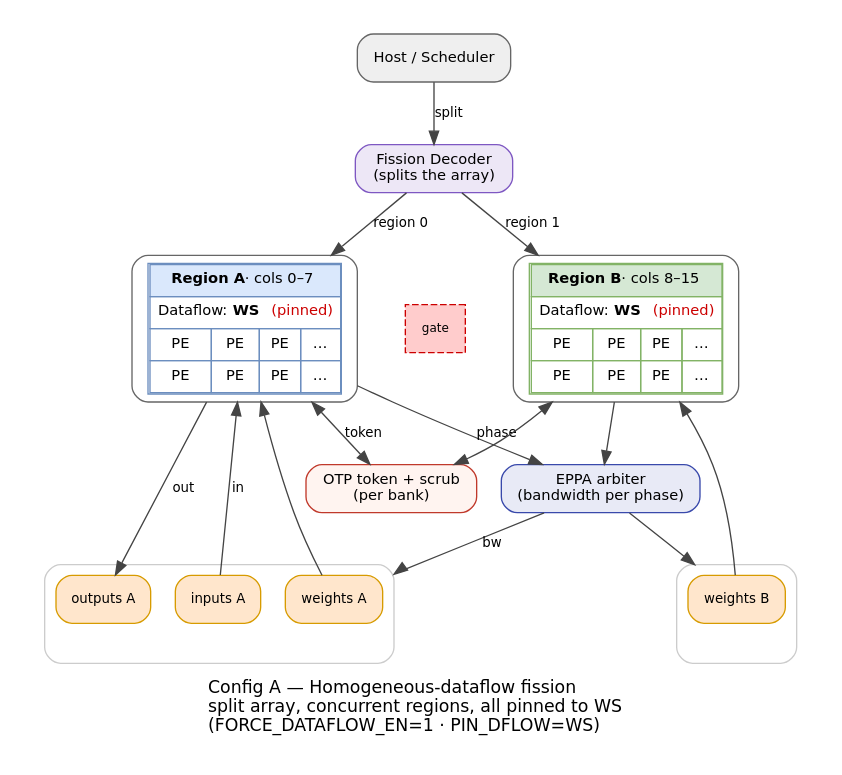
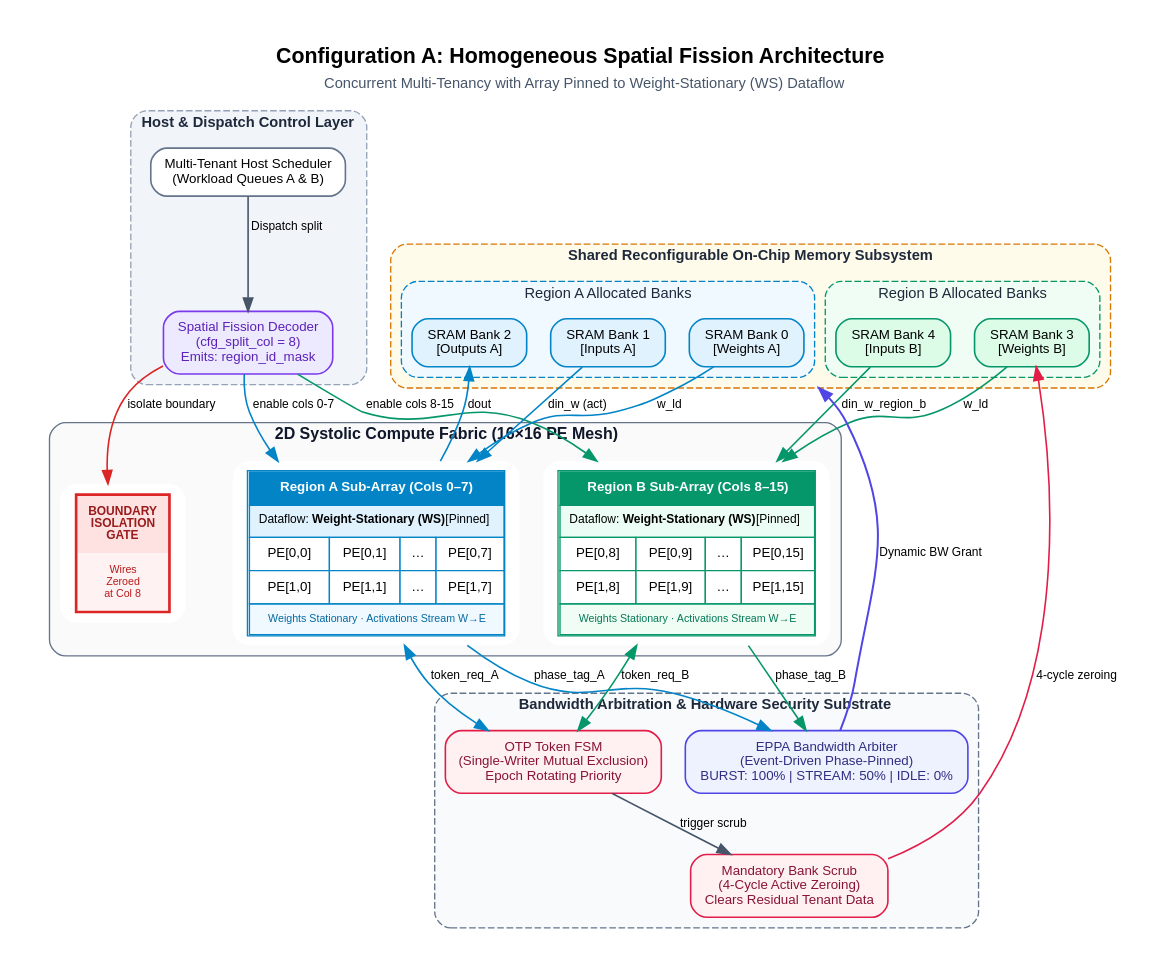
The diagram in figures/figA_homo_fission.dot (GauthamMK-0/PolyFlow-NPU), drawn with Graphviz before and after one commit. The commit also changed 11 other files, not shown here.

Commit message:
docs(figures): update architecture diagrams for PolyFlow-NPU

```diff
--- a/figures/figA_homo_fission.dot
+++ b/figures/figA_homo_fission.dot
@@ -1,70 +1,114 @@
 // figA_homo_fission.dot
-// Config A — Homogeneous-dataflow fission (baseline).
-// Render: scripts/render_figures.sh
+// Configuration A: Homogeneous-Dataflow Spatial Fission (Planaria / SARA Baseline)
+// Render: dot -Tpng -Gdpi=160 figA_homo_fission.dot -o figA_homo_fission.png
 
-digraph CFG_A {
-  graph [fontname="DejaVu Sans", rankdir=TB, compound=true,
-         label="Config A — Homogeneous-dataflow fission\lsplit array, concurrent regions, all pinned to WS\l(FORCE_DATAFLOW_EN=1 · PIN_DFLOW=WS)\l",
-         labelloc=b, fontsize=13, pad=0.25];
+digraph FIG_A {
+  graph [fontname="Helvetica,Arial,sans-serif", rankdir=TB, compound=true,
+         label=<<TABLE BORDER="0" CELLBORDER="0" CELLSPACING="0">
+                 <TR><TD><FONT POINT-SIZE="16"><B>Configuration A: Homogeneous Spatial Fission Architecture</B></FONT></TD></TR>
+                 <TR><TD><FONT POINT-SIZE="11" COLOR="#475569">Concurrent Multi-Tenancy with Array Pinned to Weight-Stationary (WS) Dataflow</FONT></TD></TR>
+               </TABLE>>,
+         labelloc=t, fontsize=14, pad=0.3, bgcolor="#FFFFFF"];
 
-  node  [shape=box, style="rounded,filled", fontname="DejaVu Sans", fontsize=11,
-         fillcolor="#F5F5F5", color="#666666", margin="0.16,0.09"];
-  edge  [fontname="DejaVu Sans", fontsize=10, color="#444444"];
+  node  [shape=box, style="rounded,filled", fontname="Helvetica,Arial,sans-serif", fontsize=10,
+         fillcolor="#F8FAFC", color="#94A3B8", penwidth=1.2, margin="0.15,0.1"];
+  edge  [fontname="Helvetica,Arial,sans-serif", fontsize=9, color="#475569", penwidth=1.2];
 
-  host [label="Host / Scheduler", fillcolor="#EFEFEF"];
+  // ==================== DISPATCH / CONTROLLER LAYER ====================
+  subgraph cluster_dispatch {
+    label=<<B>Host &amp; Dispatch Control Layer</B>>;
+    fontsize=11; fontcolor="#1E293B";
+    style="rounded,dashed"; color="#94A3B8"; bgcolor="#F1F5F9";
 
-  dec [label="Fission Decoder\n(splits the array)", fillcolor="#EDE7F6", color="#7E57C2"];
-  host -> dec [label="split"];
+    host_ctrl   [label="Multi-Tenant Host Scheduler\n(Workload Queues A & B)", fillcolor="#FFFFFF", color="#64748B"];
+    fiss_dec    [label="Spatial Fission Decoder\n(cfg_split_col = 8)\nEmits: region_id_mask", fillcolor="#EDE9FE", color="#7C3AED", fontcolor="#5B21B6"];
 
-  regA [label=<
-    <TABLE BORDER="1" CELLBORDER="1" CELLSPACING="0" CELLPADDING="5" COLOR="#6C8EBF">
-      <TR><TD COLSPAN="4" BGCOLOR="#DAE8FC"><B>Region A</B> · cols 0–7</TD></TR>
-      <TR><TD COLSPAN="4">Dataflow: <B>WS</B>  <FONT COLOR="#CC0000">(pinned)</FONT></TD></TR>
-      <TR><TD>PE</TD><TD>PE</TD><TD>PE</TD><TD>…</TD></TR>
-      <TR><TD>PE</TD><TD>PE</TD><TD>PE</TD><TD>…</TD></TR>
-    </TABLE>>, fillcolor="#FFFFFF"];
-
-  gate [shape=rectangle, style="filled,dashed", fillcolor="#FFCCCC", color="#CC0000",
-        label="gate", fontsize=9, width=0.30];
-
-  regB [label=<
-    <TABLE BORDER="1" CELLBORDER="1" CELLSPACING="0" CELLPADDING="5" COLOR="#82B366">
-      <TR><TD COLSPAN="4" BGCOLOR="#D5E8D4"><B>Region B</B> · cols 8–15</TD></TR>
-      <TR><TD COLSPAN="4">Dataflow: <B>WS</B>  <FONT COLOR="#CC0000">(pinned)</FONT></TD></TR>
-      <TR><TD>PE</TD><TD>PE</TD><TD>PE</TD><TD>…</TD></TR>
-      <TR><TD>PE</TD><TD>PE</TD><TD>PE</TD><TD>…</TD></TR>
-    </TABLE>>, fillcolor="#FFFFFF"];
-
-  {rank=same; regA; gate; regB;}
-  regA -> gate [style=invis];
-  gate -> regB [style=invis];
-
-  dec -> regA [label="region 0"];
-  dec -> regB [label="region 1"];
-
-  safety [label="OTP token + scrub\n(per bank)", fillcolor="#FFF4F0", color="#C0392B"];
-  regA -> safety [dir=both, label="token"];
-  regB -> safety [dir=both];
-
-  subgraph cluster_banksA {
-    label=" "; style="rounded"; color="#CCCCCC";
-    b0 [label="weights A",  fillcolor="#FFE6CC", color="#D79B00", fontsize=10];
-    b1 [label="inputs A",   fillcolor="#FFE6CC", color="#D79B00", fontsize=10];
-    b2 [label="outputs A",  fillcolor="#FFE6CC", color="#D79B00", fontsize=10];
-  }
-  subgraph cluster_banksB {
-    label=" "; style="rounded"; color="#CCCCCC";
-    b3 [label="weights B", fillcolor="#FFE6CC", color="#D79B00", fontsize=10];
+    host_ctrl -> fiss_dec [label=" Dispatch split"];
   }
 
-  regA -> b0 [dir=back, weight=2];
-  regA -> b1 [dir=back, label="in", weight=2];
-  regA -> b2 [label="out", weight=2];
-  regB -> b3 [dir=back, weight=2];
+  // ==================== COMPUTE SUBSTRATE LAYER ====================
+  subgraph cluster_array {
+    label=<<B>2D Systolic Compute Fabric (16×16 PE Mesh)</B>>;
+    fontsize=12; fontcolor="#0F172A";
+    style="rounded"; color="#64748B"; bgcolor="#FAFAFA";
 
-  eppa [label="EPPA arbiter\n(bandwidth per phase)", fillcolor="#E8EAF6", color="#3949AB"];
-  regA -> eppa [label="phase"];
-  regB -> eppa;
-  eppa -> b0 [lhead=cluster_banksA, label="bw"];
-  eppa -> b3 [lhead=cluster_banksB];
+    regA [label=<
+      <TABLE BORDER="1" CELLBORDER="1" CELLSPACING="0" CELLPADDING="6" COLOR="#0284C7">
+        <TR><TD COLSPAN="4" BGCOLOR="#0284C7"><FONT COLOR="#FFFFFF" POINT-SIZE="10"><B>Region A Sub-Array (Cols 0–7)</B></FONT></TD></TR>
+        <TR><TD COLSPAN="4" BGCOLOR="#E0F2FE"><FONT POINT-SIZE="9">Dataflow: <B>Weight-Stationary (WS)</B> [Pinned]</FONT></TD></TR>
+        <TR><TD BGCOLOR="#FFFFFF">PE[0,0]</TD><TD BGCOLOR="#FFFFFF">PE[0,1]</TD><TD BGCOLOR="#FFFFFF">…</TD><TD BGCOLOR="#FFFFFF">PE[0,7]</TD></TR>
+        <TR><TD BGCOLOR="#FFFFFF">PE[1,0]</TD><TD BGCOLOR="#FFFFFF">PE[1,1]</TD><TD BGCOLOR="#FFFFFF">…</TD><TD BGCOLOR="#FFFFFF">PE[1,7]</TD></TR>
+        <TR><TD COLSPAN="4" BGCOLOR="#F0F9FF"><FONT POINT-SIZE="8" COLOR="#0369A1">Weights Stationary · Activations Stream W→E</FONT></TD></TR>
+      </TABLE>>, fillcolor="#FFFFFF", shape=plaintext];
+
+    boundary_gate [label=<
+      <TABLE BORDER="2" CELLBORDER="0" CELLSPACING="0" CELLPADDING="8" COLOR="#DC2626">
+        <TR><TD BGCOLOR="#FEE2E2"><FONT COLOR="#991B1B" POINT-SIZE="9"><B>BOUNDARY<BR/>ISOLATION<BR/>GATE</B></FONT></TD></TR>
+        <TR><TD BGCOLOR="#FEF2F2"><FONT POINT-SIZE="8" COLOR="#B91C1C">Wires<BR/>Zeroed<BR/>at Col 8</FONT></TD></TR>
+      </TABLE>>, fillcolor="#FFFFFF", shape=plaintext];
+
+    regB [label=<
+      <TABLE BORDER="1" CELLBORDER="1" CELLSPACING="0" CELLPADDING="6" COLOR="#059669">
+        <TR><TD COLSPAN="4" BGCOLOR="#059669"><FONT COLOR="#FFFFFF" POINT-SIZE="10"><B>Region B Sub-Array (Cols 8–15)</B></FONT></TD></TR>
+        <TR><TD COLSPAN="4" BGCOLOR="#ECFDF5"><FONT POINT-SIZE="9">Dataflow: <B>Weight-Stationary (WS)</B> [Pinned]</FONT></TD></TR>
+        <TR><TD BGCOLOR="#FFFFFF">PE[0,8]</TD><TD BGCOLOR="#FFFFFF">PE[0,9]</TD><TD BGCOLOR="#FFFFFF">…</TD><TD BGCOLOR="#FFFFFF">PE[0,15]</TD></TR>
+        <TR><TD BGCOLOR="#FFFFFF">PE[1,8]</TD><TD BGCOLOR="#FFFFFF">PE[1,9]</TD><TD BGCOLOR="#FFFFFF">…</TD><TD BGCOLOR="#FFFFFF">PE[1,15]</TD></TR>
+        <TR><TD COLSPAN="4" BGCOLOR="#F0FDF4"><FONT POINT-SIZE="8" COLOR="#047857">Weights Stationary · Activations Stream W→E</FONT></TD></TR>
+      </TABLE>>, fillcolor="#FFFFFF", shape=plaintext];
+
+    {rank=same; regA; boundary_gate; regB;}
+    regA -> boundary_gate [style=invis];
+    boundary_gate -> regB [style=invis];
+  }
+
+  fiss_dec -> regA [label=" enable cols 0-7", color="#0284C7"];
+  fiss_dec -> regB [label=" enable cols 8-15", color="#059669"];
+  fiss_dec -> boundary_gate [label=" isolate boundary", color="#DC2626"];
+
+  // ==================== SHARED MEMORY BANKS ====================
+  subgraph cluster_banks {
+    label=<<B>Shared Reconfigurable On-Chip Memory Subsystem</B>>;
+    fontsize=11; fontcolor="#1E293B";
+    style="rounded,dashed"; color="#D97706"; bgcolor="#FFFBEB";
+
+    subgraph cluster_banks_A {
+      label="Region A Allocated Banks"; color="#0284C7"; bgcolor="#F0F9FF";
+      b0 [label="SRAM Bank 0\n[Weights A]", fillcolor="#E0F2FE", color="#0284C7"];
+      b1 [label="SRAM Bank 1\n[Inputs A]",   fillcolor="#E0F2FE", color="#0284C7"];
+      b2 [label="SRAM Bank 2\n[Outputs A]",  fillcolor="#E0F2FE", color="#0284C7"];
+    }
+
+    subgraph cluster_banks_B {
+      label="Region B Allocated Banks"; color="#059669"; bgcolor="#F0FDF4";
+      b3 [label="SRAM Bank 3\n[Weights B]", fillcolor="#DCFCE7", color="#059669"];
+      b4 [label="SRAM Bank 4\n[Inputs B]",  fillcolor="#DCFCE7", color="#059669"];
+    }
+  }
+
+  // Memory streaming connections
+  b0 -> regA [label=" w_ld", color="#0284C7"];
+  b1 -> regA [label=" din_w (act)", color="#0284C7"];
+  regA -> b2 [label=" dout", color="#0284C7"];
+  b3 -> regB [label=" w_ld", color="#059669"];
+  b4 -> regB [label=" din_w_region_b", color="#059669"];
+
+  // ==================== ARBITRATION & SECURITY LAYER ====================
+  subgraph cluster_safety {
+    label=<<B>Bandwidth Arbitration &amp; Hardware Security Substrate</B>>;
+    fontsize=11; fontcolor="#1E293B";
+    style="rounded,dashed"; color="#64748B"; bgcolor="#F8FAFC";
+
+    eppa_arb [label="EPPA Bandwidth Arbiter\n(Event-Driven Phase-Pinned)\nBURST: 100% | STREAM: 50% | IDLE: 0%", fillcolor="#EEF2FF", color="#4F46E5", fontcolor="#312E81"];
+    otp_fsm  [label="OTP Token FSM\n(Single-Writer Mutual Exclusion)\nEpoch Rotating Priority", fillcolor="#FFF1F2", color="#E11D48", fontcolor="#881337"];
+    scrub_ctrl [label="Mandatory Bank Scrub\n(4-Cycle Active Zeroing)\nClears Residual Tenant Data", fillcolor="#FFF1F2", color="#E11D48", fontcolor="#881337"];
+  }
+
+  regA -> eppa_arb [label=" phase_tag_A", color="#0284C7"];
+  regB -> eppa_arb [label=" phase_tag_B", color="#059669"];
+  eppa_arb -> b0 [lhead=cluster_banks, label=" Dynamic BW Grant", color="#4F46E5", penwidth=1.5];
+
+  regA -> otp_fsm [label=" token_req_A", dir=both, color="#0284C7"];
+  regB -> otp_fsm [label=" token_req_B", dir=both, color="#059669"];
+  otp_fsm -> scrub_ctrl [label=" trigger scrub"];
+  scrub_ctrl -> b3 [label=" 4-cycle zeroing", color="#E11D48"];
 }
```
